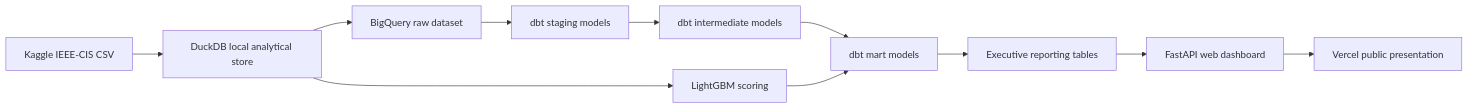
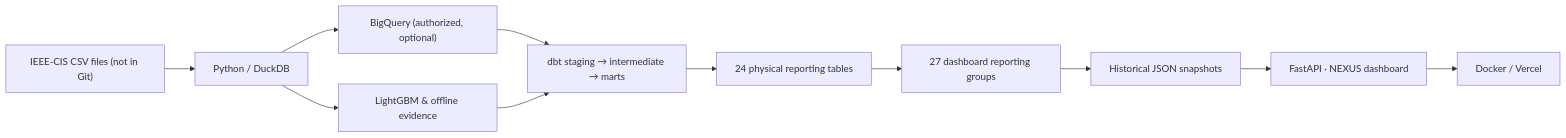
One commit to senanurcetin/ieee-fraud-detection-analytics changed the diagram in README.md. Above: the diagram before and after it, drawn with Mermaid. The commit also changed other lines of this file and 17 other files, not shown here.

````diff
--- a/README.md
+++ b/README.md
@@ -89,13 +44,13 @@
 ```mermaid
 flowchart LR
-    A["Kaggle IEEE-CIS CSV"] --> B["DuckDB local analytical store"]
-    B --> C["BigQuery raw dataset"]
-    C --> D["dbt staging models"]
-    D --> E["dbt intermediate models"]
-    E --> F["dbt mart models"]
-    F --> G["Executive reporting tables"]
-    B --> H["LightGBM scoring"]
-    H --> F
-    G --> I["FastAPI web dashboard"]
-    I --> J["Vercel public presentation"]
+    A["IEEE-CIS CSV files (not in Git)"] --> B["Python / DuckDB"]
+    B --> C["LightGBM & offline evidence"]
+    B --> D["BigQuery (authorized, optional)"]
+    D --> E["dbt staging → intermediate → marts"]
+    C --> E
+    E --> F["24 physical reporting tables"]
+    F --> G["27 dashboard reporting groups"]
+    G --> H["Historical JSON snapshots"]
+    H --> I["FastAPI · NEXUS dashboard"]
+    I --> J["Docker / Vercel"]
 ```
````
